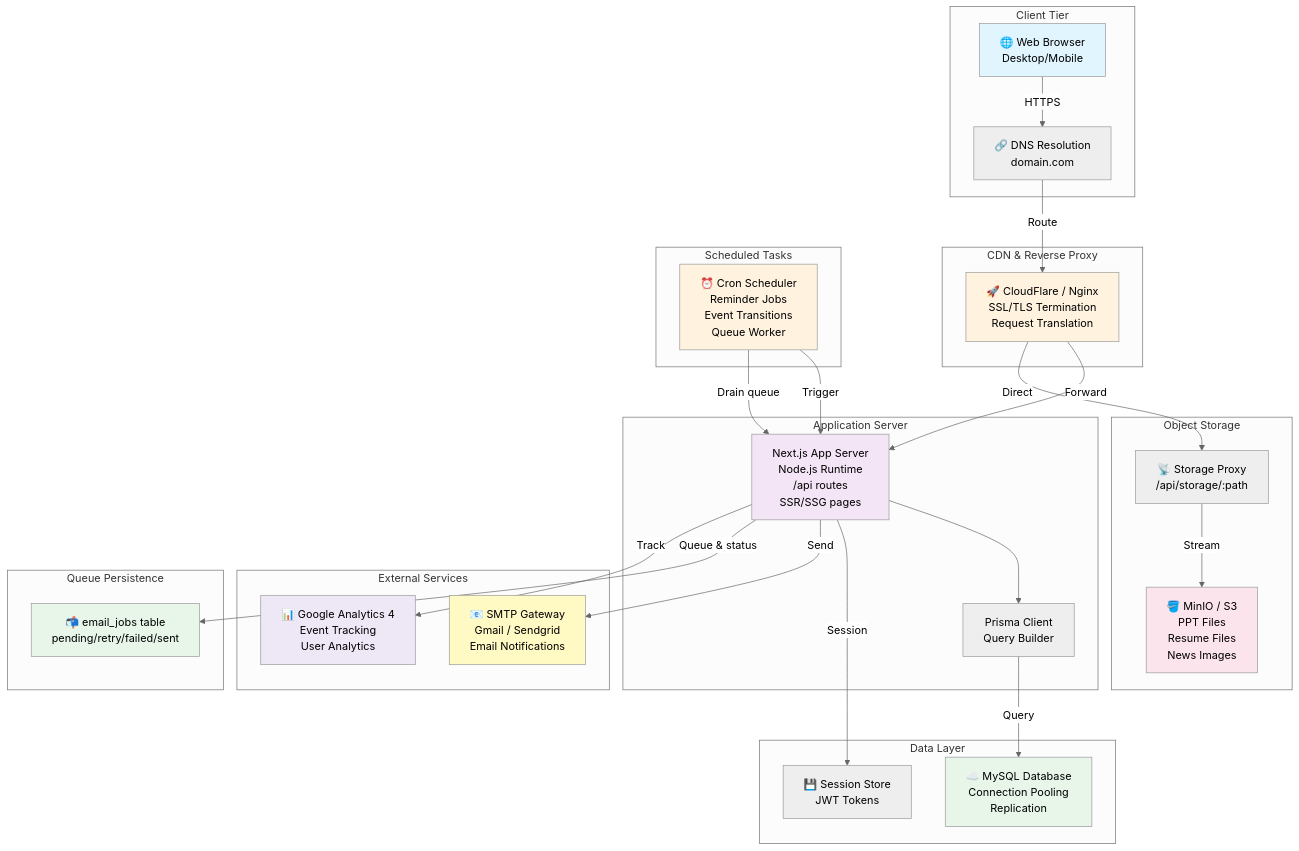
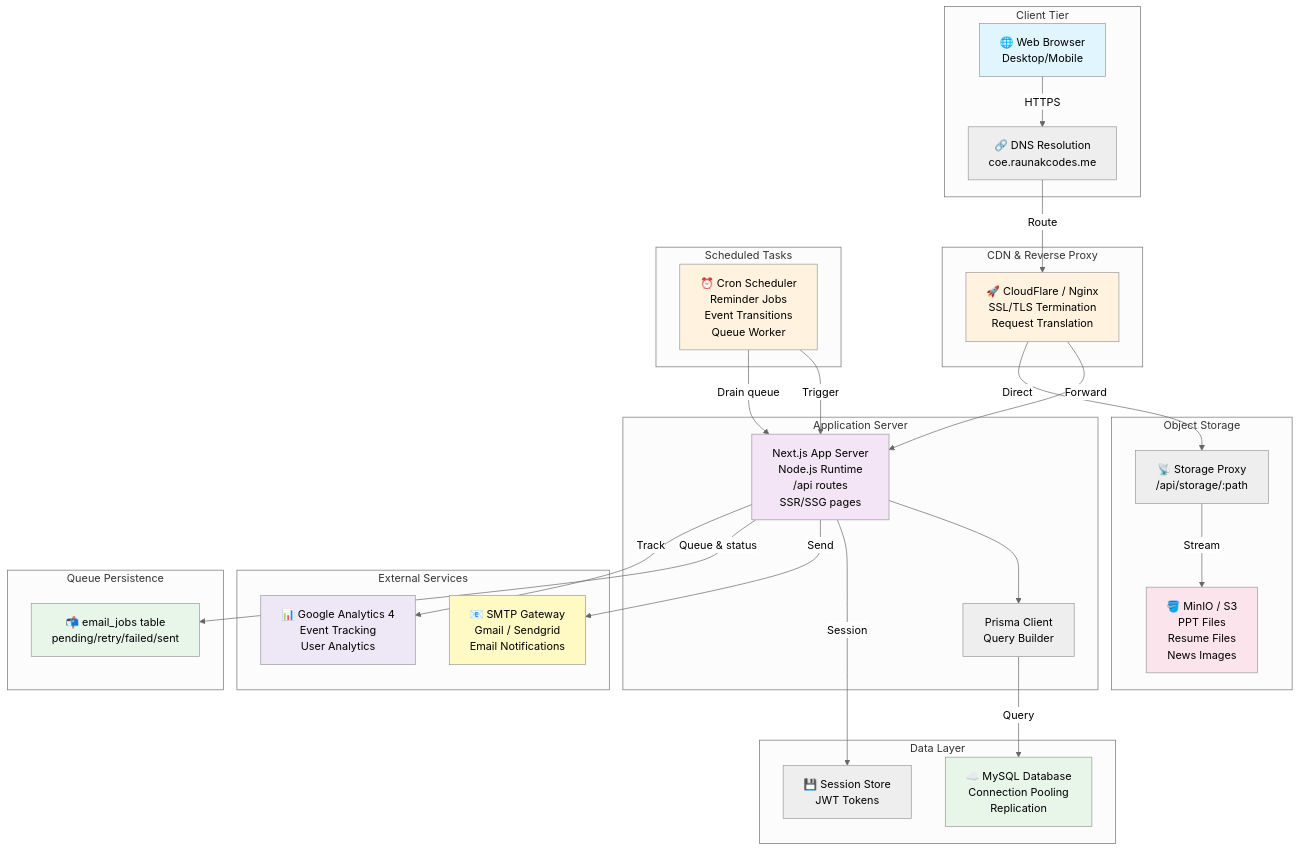
One commit to Newer1107/CoE-Main changed diagram 25 of 36 in README.md. Above: the diagram before and after it, drawn with Mermaid (neutral theme). The commit also changed other lines of this file and 35 other files, not shown here.

````diff
--- a/README.md
+++ b/README.md
@@ -1376,63 +1502,63 @@
 ```mermaid
 graph TB
   subgraph "Client Tier"
     BROWSER["🌐 Web Browser<br/>Desktop/Mobile"]
-    DNS["🔗 DNS Resolution<br/>domain.com"]
+    DNS["🔗 DNS Resolution<br/>coe.raunakcodes.me"]
   end
 
   subgraph "CDN & Reverse Proxy"
     CF["🚀 CloudFlare / Nginx<br/>SSL/TLS Termination<br/>Request Translation"]
   end
 
   subgraph "Application Server"
     NEXT["Next.js App Server<br/>Node.js Runtime<br/>/api routes<br/>SSR/SSG pages"]
     PC["Prisma Client<br/>Query Builder"]
   end
 
   subgraph "Data Layer"
     DB["☁️ MySQL Database<br/>Connection Pooling<br/>Replication"]
     CACHE["💾 Session Store<br/>JWT Tokens"]
   end
 
   subgraph "Object Storage"
     S3["🪣 MinIO / S3<br/>PPT Files<br/>Resume Files<br/>News Images"]
     PROXY["📡 Storage Proxy<br/>/api/storage/:path"]
   end
 
   subgraph "External Services"
     SMTP["📧 SMTP Gateway<br/>Gmail / Sendgrid<br/>Email Notifications"]
     GA["📊 Google Analytics 4<br/>Event Tracking<br/>User Analytics"]
   end
 
   subgraph "Scheduled Tasks"
     CRON["⏰ Cron Scheduler<br/>Reminder Jobs<br/>Event Transitions<br/>Queue Worker"]
   end
 
   subgraph "Queue Persistence"
     EMAIL_JOBS["📬 email_jobs table<br/>pending/retry/failed/sent"]
   end
 
   BROWSER -->|HTTPS| DNS
   DNS -->|Route| CF
   CF -->|Forward| NEXT
   NEXT --> PC
   PC -->|Query| DB
   NEXT -->|Session| CACHE
   CF -->|Direct| PROXY
   PROXY -->|Stream| S3
   NEXT -->|Send| SMTP
   NEXT -->|Queue & status| EMAIL_JOBS
   NEXT -->|Track| GA
   CRON -->|Trigger| NEXT
   CRON -->|Drain queue| NEXT
 
   style BROWSER fill:#e1f5ff
   style CF fill:#fff3e0
   style NEXT fill:#f3e5f5
   style DB fill:#e8f5e9
   style S3 fill:#fce4ec
   style SMTP fill:#fff9c4
   style GA fill:#ede7f6
   style CRON fill:#fff3e0
   style EMAIL_JOBS fill:#e8f5e9
 ```
````
